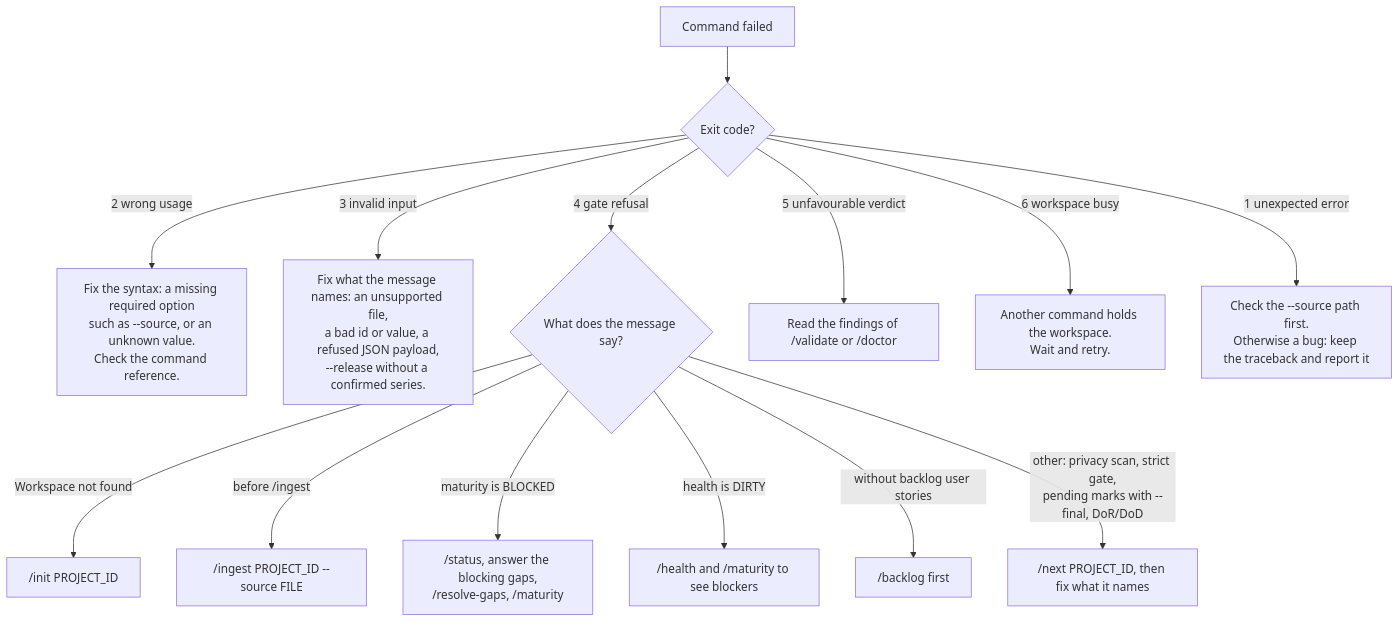
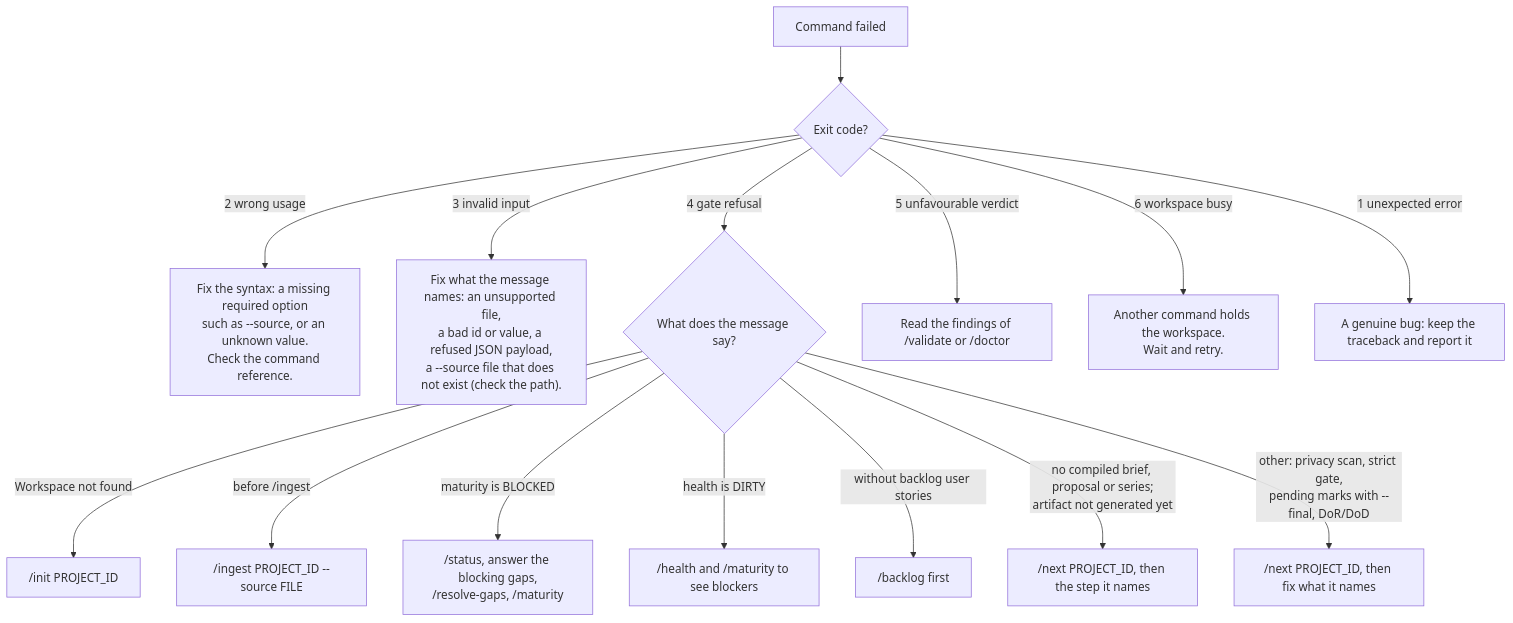
One commit to jmatzkin1980/ignite-sentinel changed the diagram in user_guide/03-workflows.md. Above: the diagram before and after it, drawn with Mermaid. The commit also changed other lines of this file and 61 other files, not shown here.

````diff
--- a/user_guide/03-workflows.md
+++ b/user_guide/03-workflows.md
@@ -223,16 +223,17 @@
 ```mermaid
 flowchart TD
     R["Command failed"] --> C{"Exit code?"}
     C -- "2 wrong usage" --> U["Fix the syntax: a missing required option<br/>such as --source, or an unknown value.<br/>Check the command reference."]
-    C -- "3 invalid input" --> I["Fix what the message names: an unsupported file,<br/>a bad id or value, a refused JSON payload,<br/>--release without a confirmed series."]
+    C -- "3 invalid input" --> I["Fix what the message names: an unsupported file,<br/>a bad id or value, a refused JSON payload,<br/>a --source file that does not exist (check the path)."]
     C -- "4 gate refusal" --> G{"What does the message say?"}
     G -- "Workspace not found" --> G1["/init PROJECT_ID"]
     G -- "before /ingest" --> G2["/ingest PROJECT_ID --source FILE"]
     G -- "maturity is BLOCKED" --> G3["/status, answer the blocking gaps,<br/>/resolve-gaps, /maturity"]
     G -- "health is DIRTY" --> G4["/health and /maturity to see blockers"]
     G -- "without backlog user stories" --> G5["/backlog first"]
+    G -- "no compiled brief, proposal or series;<br/>artifact not generated yet" --> G7["/next PROJECT_ID, then the step it names"]
     G -- "other: privacy scan, strict gate,<br/>pending marks with --final, DoR/DoD" --> G6["/next PROJECT_ID, then fix what it names"]
     C -- "5 unfavourable verdict" --> V["Read the findings of /validate or /doctor"]
     C -- "6 workspace busy" --> B["Another command holds the workspace.<br/>Wait and retry."]
-    C -- "1 unexpected error" --> X["Check the --source path first.<br/>Otherwise a bug: keep the traceback and report it"]
+    C -- "1 unexpected error" --> X["A genuine bug: keep the traceback and report it"]
 ```
````
